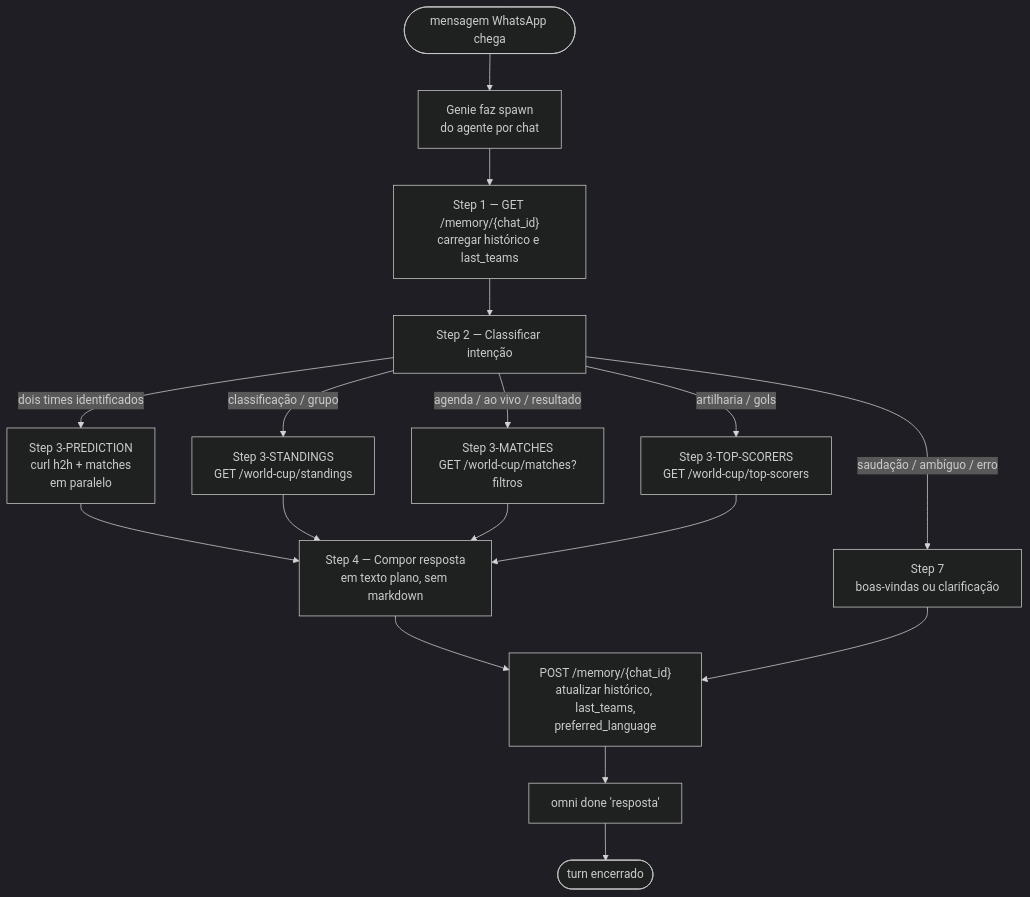
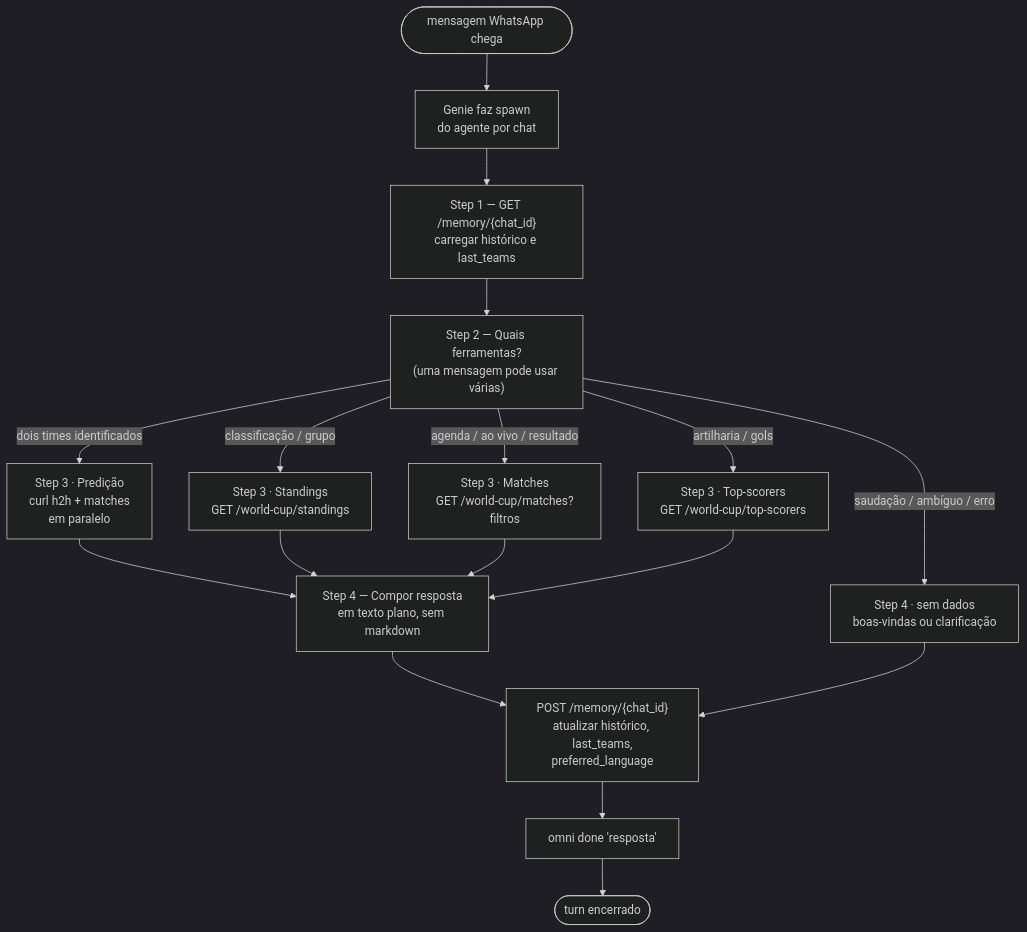
Before and after one commit to Moraissz/AI-world-cup: the third of 3 diagrams in README.md, drawn with Mermaid (dark theme). The commit also changed other lines of this file and 3 other files, not shown here.

````diff
--- a/README.md
+++ b/README.md
@@ -63,19 +63,19 @@
 ```mermaid
 flowchart TD
     START([mensagem WhatsApp chega]) --> SPAWN["Genie faz spawn\ndo agente por chat"]
     SPAWN --> S1["Step 1 — GET /memory/{chat_id}\ncarregar histórico e last_teams"]
-    S1 --> S2[Step 2 — Classificar intenção]
-    S2 -->|dois times identificados| S3P["Step 3-PREDICTION\ncurl h2h + matches\nem paralelo"]
-    S2 -->|classificação / grupo| S3S["Step 3-STANDINGS\nGET /world-cup/standings"]
-    S2 -->|agenda / ao vivo / resultado| S3M["Step 3-MATCHES\nGET /world-cup/matches?filtros"]
-    S2 -->|artilharia / gols| S3T["Step 3-TOP-SCORERS\nGET /world-cup/top-scorers"]
-    S2 -->|saudação / ambíguo / erro| S7["Step 7\nboas-vindas ou clarificação"]
+    S1 --> S2["Step 2 — Quais ferramentas?\n(uma mensagem pode usar várias)"]
+    S2 -->|dois times identificados| S3P["Step 3 · Predição\ncurl h2h + matches\nem paralelo"]
+    S2 -->|classificação / grupo| S3S["Step 3 · Standings\nGET /world-cup/standings"]
+    S2 -->|agenda / ao vivo / resultado| S3M["Step 3 · Matches\nGET /world-cup/matches?filtros"]
+    S2 -->|artilharia / gols| S3T["Step 3 · Top-scorers\nGET /world-cup/top-scorers"]
+    S2 -->|saudação / ambíguo / erro| S7["Step 4 · sem dados\nboas-vindas ou clarificação"]
     S3P --> S4[Step 4 — Compor resposta\nem texto plano, sem markdown]
     S3S --> S4
     S3M --> S4
     S3T --> S4
     S4 --> MEM["POST /memory/{chat_id}\natualizar histórico, last_teams,\npreferred_language"]
     S7 --> MEM
     MEM --> DONE["omni done 'resposta'"]
     DONE --> END([turn encerrado])
 ```
````
